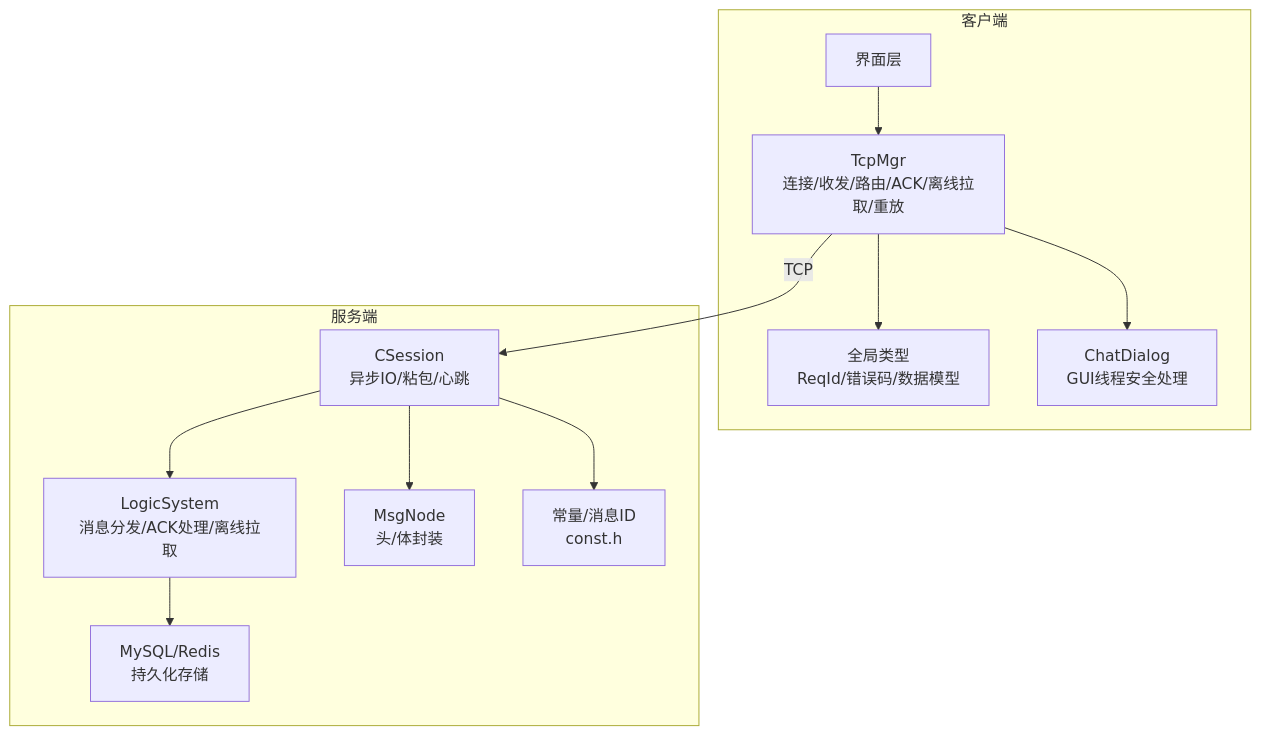
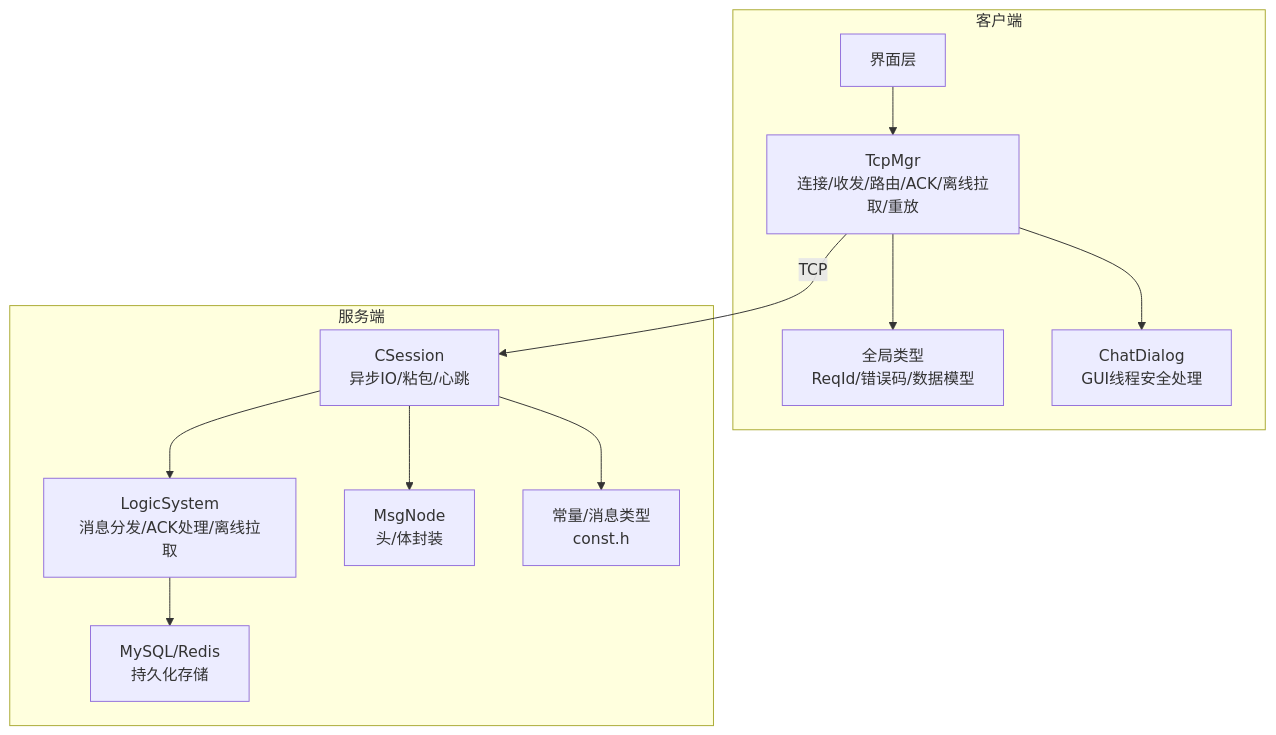
Before and after one commit to echo9923/mychatter: the first of 5 diagrams in .qoder/repowiki/zh/content/网络通信/TCP通信协议/TCP通信协议.md, drawn with Mermaid. The commit also changed other lines of this file and 128 other files, not shown here.

````diff
--- a/.qoder/repowiki/zh/content/网络通信/TCP通信协议/TCP通信协议.md
+++ b/.qoder/repowiki/zh/content/网络通信/TCP通信协议/TCP通信协议.md
@@ -57,24 +57,24 @@
 ```mermaid
 graph TB
 subgraph "客户端"
 UI["界面层"]
 TM["TcpMgr<br/>连接/收发/路由/ACK/离线拉取/重放"]
 GT["全局类型<br/>ReqId/错误码/数据模型"]
 CD["ChatDialog<br/>GUI线程安全处理"]
 end
 subgraph "服务端"
 CS["CSession<br/>异步IO/粘包/心跳"]
 LS["LogicSystem<br/>消息分发/ACK处理/离线拉取"]
 MN["MsgNode<br/>头/体封装"]
-CT["常量/消息ID<br/>const.h"]
+CT["常量/消息类型<br/>const.h"]
 DB["MySQL/Redis<br/>持久化存储"]
 end
 UI --> TM
 TM --> |TCP| CS
 CS --> LS
 LS --> DB
 TM --> GT
 TM --> CD
 CS --> MN
 CS --> CT
 ```
````
